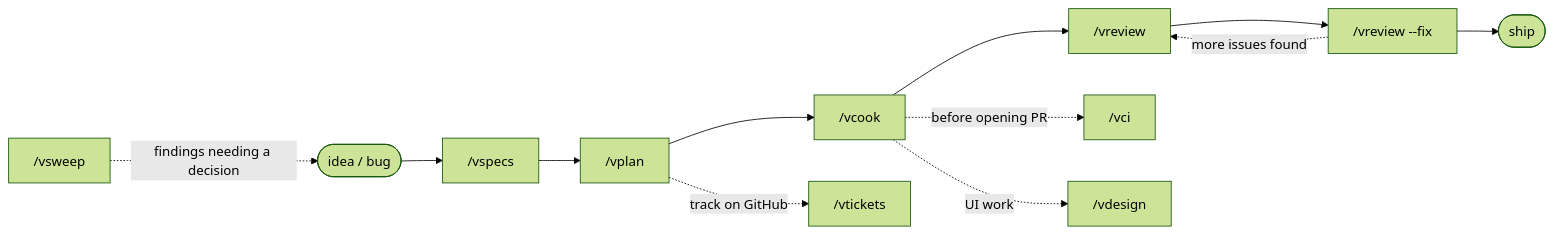
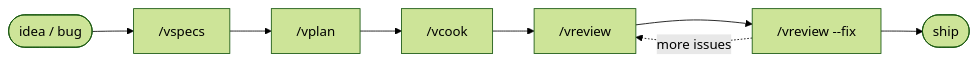
The diagram in README.md (vyvu99/vskills), drawn with Mermaid (forest theme) before and after one commit. The commit also changed other lines of this file and 5 other files, not shown here.

````diff
--- a/README.md
+++ b/README.md
@@ -37,16 +7,5 @@
 ```mermaid
 flowchart LR
-    idea(["idea / bug"]) --> specs["/vspecs"]
-    specs --> plan["/vplan"]
-    plan --> cook["/vcook"]
-    cook --> review["/vreview"]
-    review --> fix["/vreview --fix"]
-    fix -. more issues found .-> review
-    fix --> ship(["ship"])
-
-    plan -. track on GitHub .-> tickets["/vtickets"]
-    cook -. before opening PR .-> ci["/vci"]
-    cook -. UI work .-> design["/vdesign"]
-
-    sweep["/vsweep"] -. findings needing a decision .-> idea
+    idea(["idea / bug"]) --> specs["/vspecs"] --> plan["/vplan"] --> cook["/vcook"] --> review["/vreview"] --> fix["/vreview --fix"] --> ship(["ship"])
+    fix -. more issues .-> review
 ```
````
